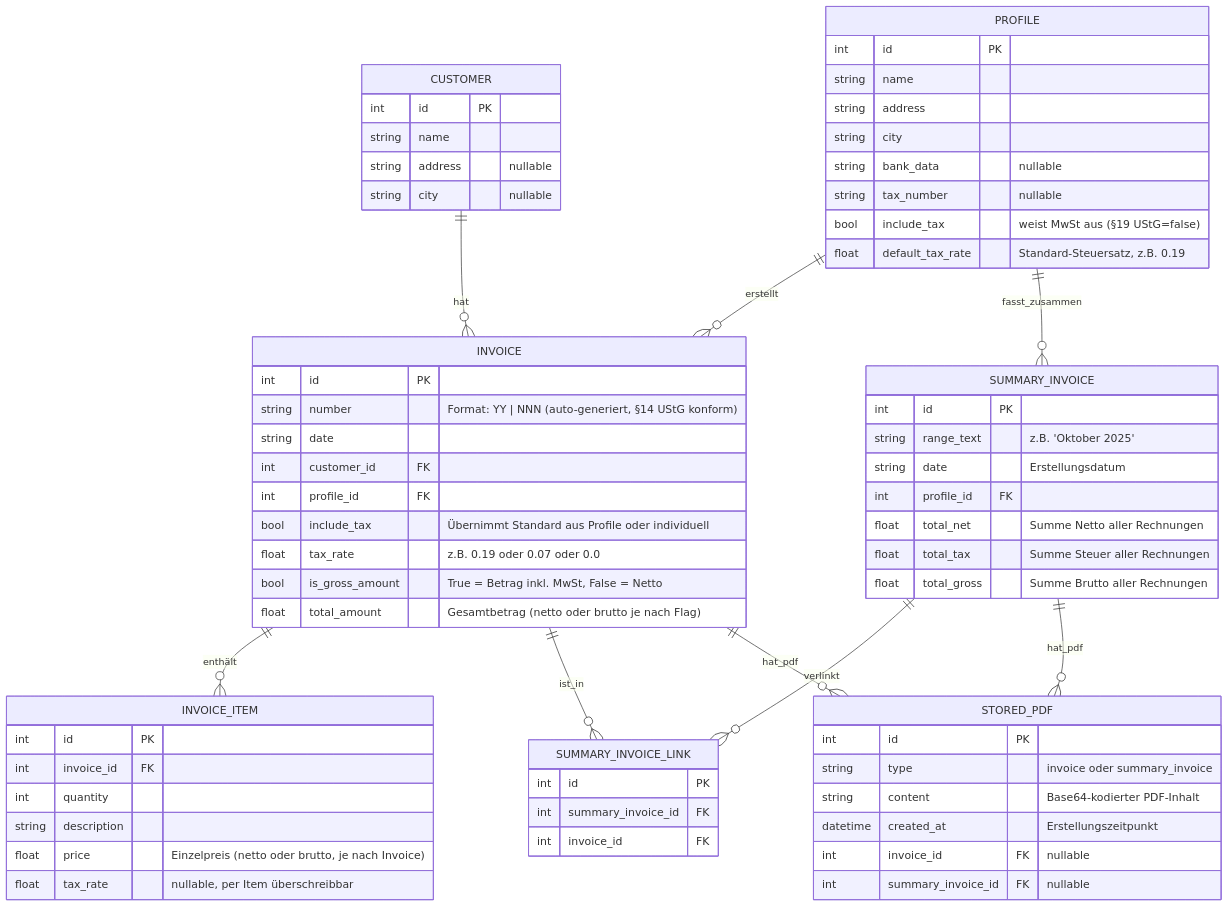
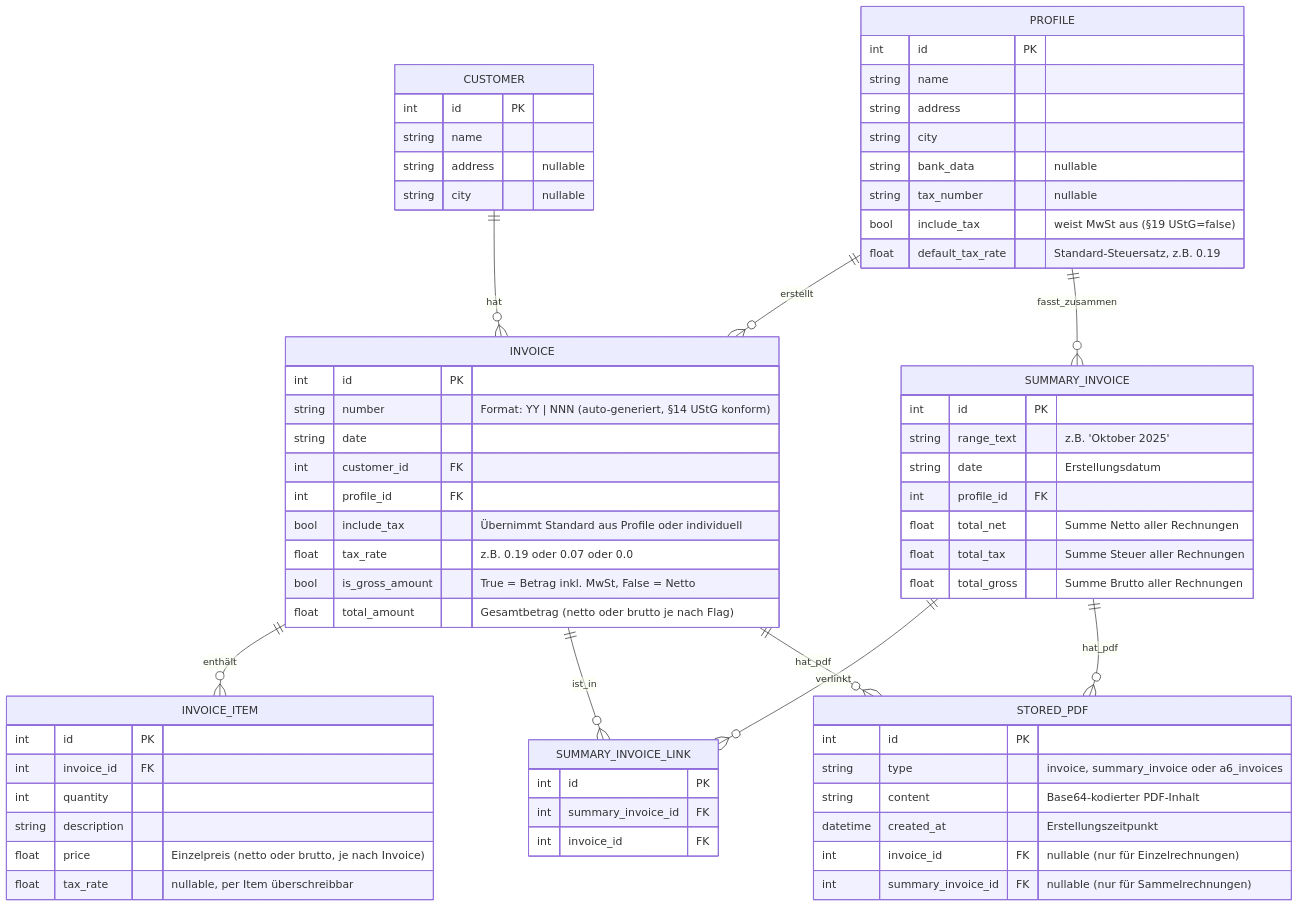
Before and after one commit to wontknow/Billino: the diagram in README.md, drawn with Mermaid. The commit also changed other lines of this file and 1 other file, not shown here.

````diff
--- a/README.md
+++ b/README.md
@@ -345,75 +399,75 @@
 ```mermaid
 erDiagram
     CUSTOMER ||--o{ INVOICE : "hat"
     PROFILE  ||--o{ INVOICE : "erstellt"
     INVOICE  ||--o{ INVOICE_ITEM : "enthält"
     PROFILE  ||--o{ SUMMARY_INVOICE : "fasst_zusammen"
     SUMMARY_INVOICE ||--o{ SUMMARY_INVOICE_LINK : "verlinkt"
     INVOICE ||--o{ SUMMARY_INVOICE_LINK : "ist_in"
     INVOICE ||--o{ STORED_PDF : "hat_pdf"
     SUMMARY_INVOICE ||--o{ STORED_PDF : "hat_pdf"
 
     CUSTOMER {
         int id PK
         string name
         string address "nullable"
         string city "nullable"
     }
 
     PROFILE {
         int id PK
         string name
         string address
         string city
         string bank_data "nullable"
         string tax_number "nullable"
         bool include_tax "weist MwSt aus (§19 UStG=false)"
         float default_tax_rate "Standard-Steuersatz, z.B. 0.19"
     }
 
     INVOICE {
         int id PK
         string number "Format: YY | NNN (auto-generiert, §14 UStG konform)"
         string date
         int customer_id FK
         int profile_id FK
         bool include_tax "Übernimmt Standard aus Profile oder individuell"
         float tax_rate "z.B. 0.19 oder 0.07 oder 0.0"
         bool is_gross_amount "True = Betrag inkl. MwSt, False = Netto"
         float total_amount "Gesamtbetrag (netto oder brutto je nach Flag)"
     }
 
     INVOICE_ITEM {
         int id PK
         int invoice_id FK
         int quantity
         string description
         float price "Einzelpreis (netto oder brutto, je nach Invoice)"
         float tax_rate "nullable, per Item überschreibbar"
     }
 
     SUMMARY_INVOICE {
         int id PK
         string range_text "z.B. 'Oktober 2025'"
         string date "Erstellungsdatum"
         int profile_id FK
         float total_net "Summe Netto aller Rechnungen"
         float total_tax "Summe Steuer aller Rechnungen"
         float total_gross "Summe Brutto aller Rechnungen"
     }
 
     SUMMARY_INVOICE_LINK {
         int id PK
         int summary_invoice_id FK
         int invoice_id FK
     }
 
     STORED_PDF {
         int id PK
-        string type "invoice oder summary_invoice"
+        string type "invoice, summary_invoice oder a6_invoices"
         string content "Base64-kodierter PDF-Inhalt"
         datetime created_at "Erstellungszeitpunkt"
-        int invoice_id FK "nullable"
-        int summary_invoice_id FK "nullable"
+        int invoice_id FK "nullable (nur für Einzelrechnungen)"
+        int summary_invoice_id FK "nullable (nur für Sammelrechnungen)"
     }
 ```
````
